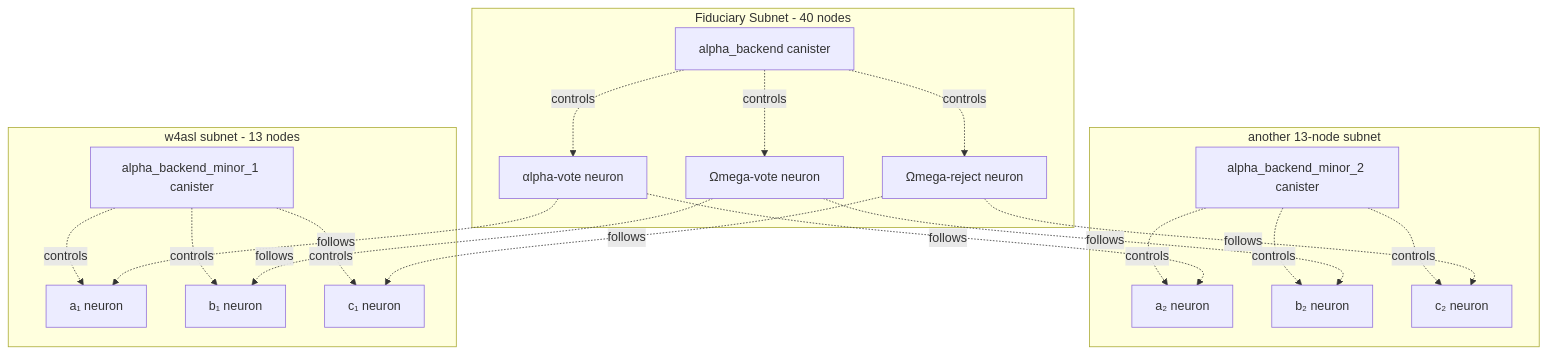
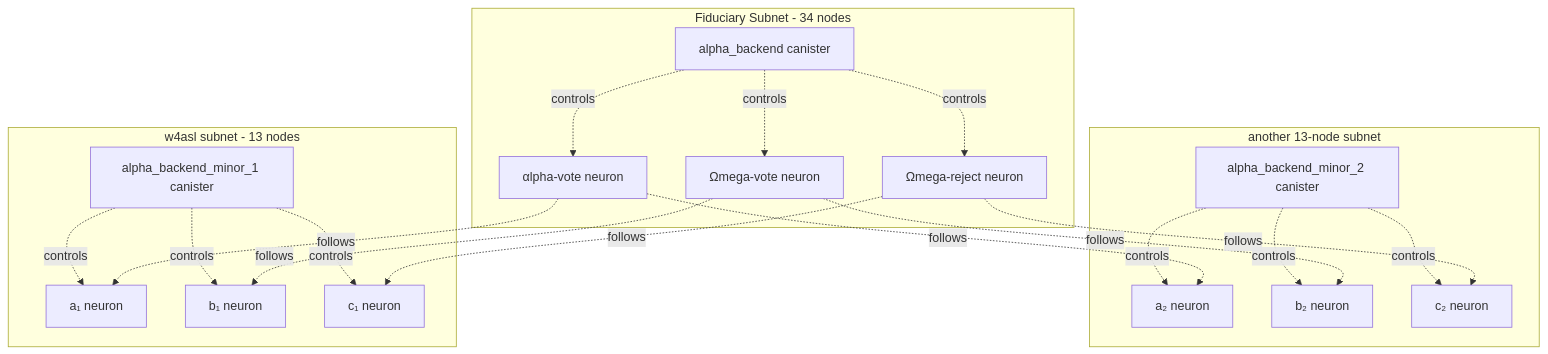
The diagram in README.md (aodl/ALPHA-Vote), drawn with Mermaid before and after one commit. The commit also changed other lines of this file, not shown here.

````diff
--- a/README.md
+++ b/README.md
@@ -86,32 +86,32 @@
 ```mermaid
 %% Internet Computer canister + neuron layout
 graph TD
   %% ───────────────────────────────
   %% Major canister (fiduciary subnet)
-  subgraph Fiduciary Subnet - 40 nodes
+  subgraph Fiduciary Subnet - 34 nodes
     MC[alpha_backend canister]
     MC -. controls .-> N_A[αlpha-vote neuron]
     MC -. controls .-> N_B[Ωmega-vote neuron]
     MC -. controls .-> N_C[Ωmega-reject neuron]
   end
 
   %% ───────────────────────────────
   %% Minor canisters (each on its own subnet)
   %% – Canister 2
   subgraph another 13-node subnet
     m2[alpha_backend_minor_2 canister]
     m2 -. controls .-> n2_a[a₂ neuron] & n2_b[b₂ neuron] & n2_c[c₂ neuron]
   end
   %% – Canister 1
   subgraph w4asl subnet - 13 nodes
     m1[alpha_backend_minor_1 canister]
     m1 -. controls .-> n1_a[a₁ neuron] & n1_b[b₁ neuron] & n1_c[c₁ neuron]
   end
   
 
   %% ───────────────────────────────
   %% Voting-follow relationships (dotted)
   N_A -. follows .-> n1_a & n2_a
   N_B -. follows .-> n1_b & n2_b
   N_C -. follows .-> n1_c & n2_c
 ```
````
